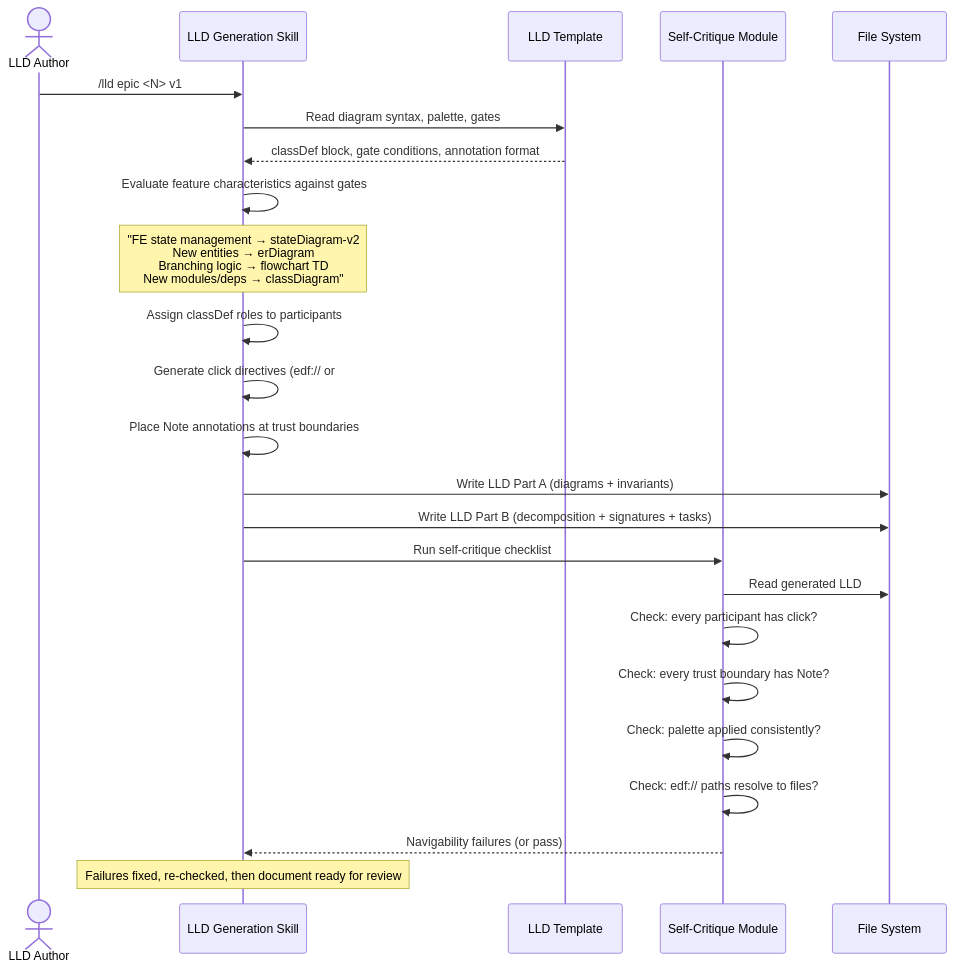
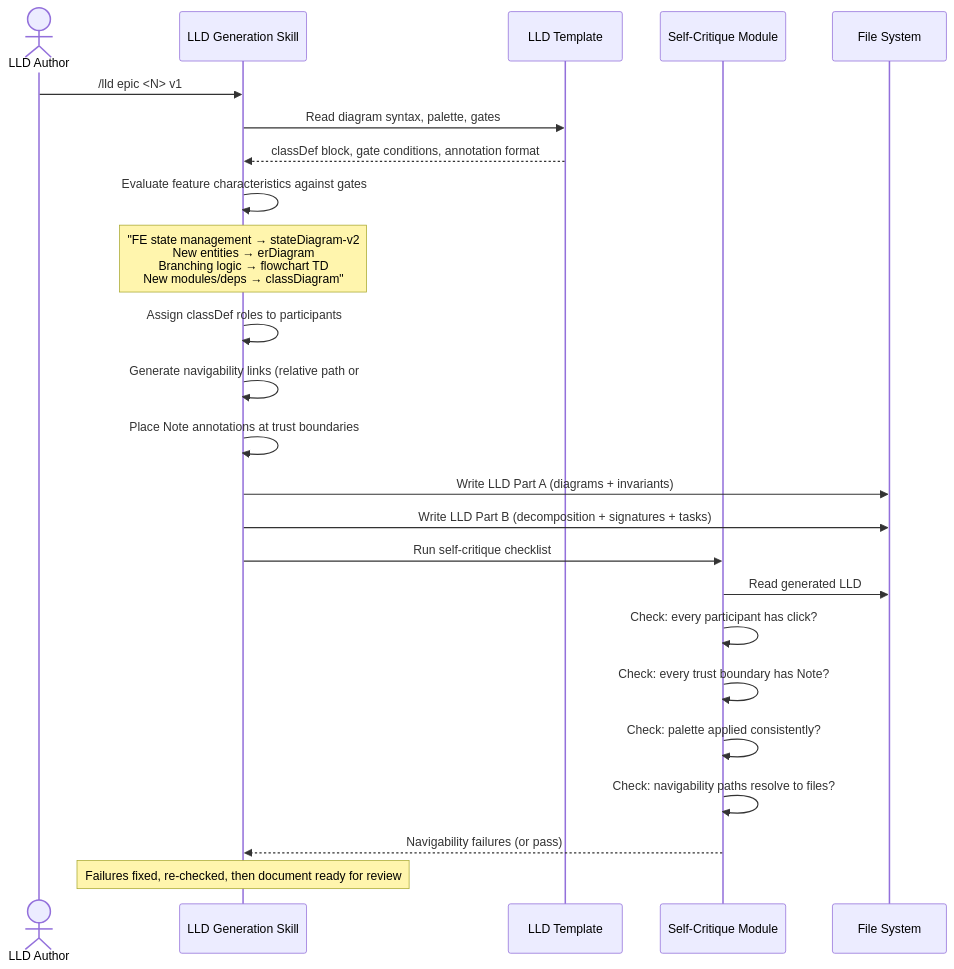
One commit to mironyx/engineering-delivery-framework changed the second of 7 diagrams in plugins/edf/docs/design/v1/v1-design.md. Above: the diagram before and after it, drawn with Mermaid. The commit also changed other lines of this file and 16 other files, not shown here.

First line of the commit message:
docs: finalize v1 architect artefacts — Option A navigability, LLDs, task issues

````diff
--- a/plugins/edf/docs/design/v1/v1-design.md
+++ b/plugins/edf/docs/design/v1/v1-design.md
@@ -317,27 +322,27 @@
 ```mermaid
 sequenceDiagram
     actor Author as LLD Author
     participant Skill as LLD Generation Skill
     participant Template as LLD Template
     participant Critique as Self-Critique Module
     participant FS as File System
 
     Author->>Skill: /lld epic <N> v1
     Skill->>Template: Read diagram syntax, palette, gates
     Template-->>Skill: classDef block, gate conditions, annotation format
     Skill->>Skill: Evaluate feature characteristics against gates
     Note over Skill: "FE state management → stateDiagram-v2<br/>New entities → erDiagram<br/>Branching logic → flowchart TD<br/>New modules/deps → classDiagram"
     Skill->>Skill: Assign classDef roles to participants
-    Skill->>Skill: Generate click directives (edf:// or #LLD-)
+    Skill->>Skill: Generate navigability links (relative path or #LLD-)
     Skill->>Skill: Place Note annotations at trust boundaries
     Skill->>FS: Write LLD Part A (diagrams + invariants)
     Skill->>FS: Write LLD Part B (decomposition + signatures + tasks)
     Skill->>Critique: Run self-critique checklist
     Critique->>FS: Read generated LLD
     Critique->>Critique: Check: every participant has click?
     Critique->>Critique: Check: every trust boundary has Note?
     Critique->>Critique: Check: palette applied consistently?
-    Critique->>Critique: Check: edf:// paths resolve to files?
+    Critique->>Critique: Check: navigability paths resolve to files?
     Critique-->>Skill: Navigability failures (or pass)
     Note over Skill: Failures fixed, re-checked, then document ready for review
 ```
````
